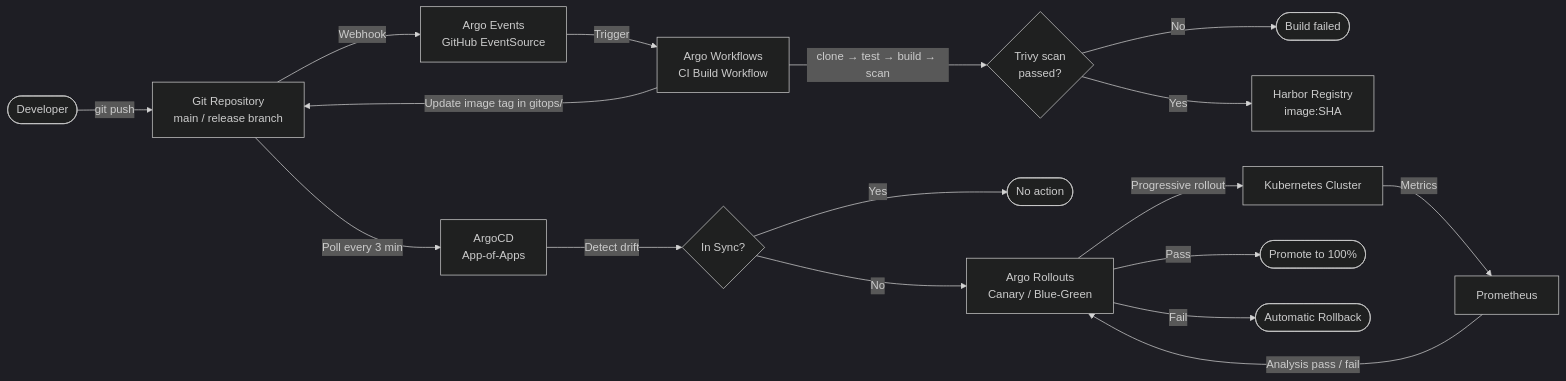
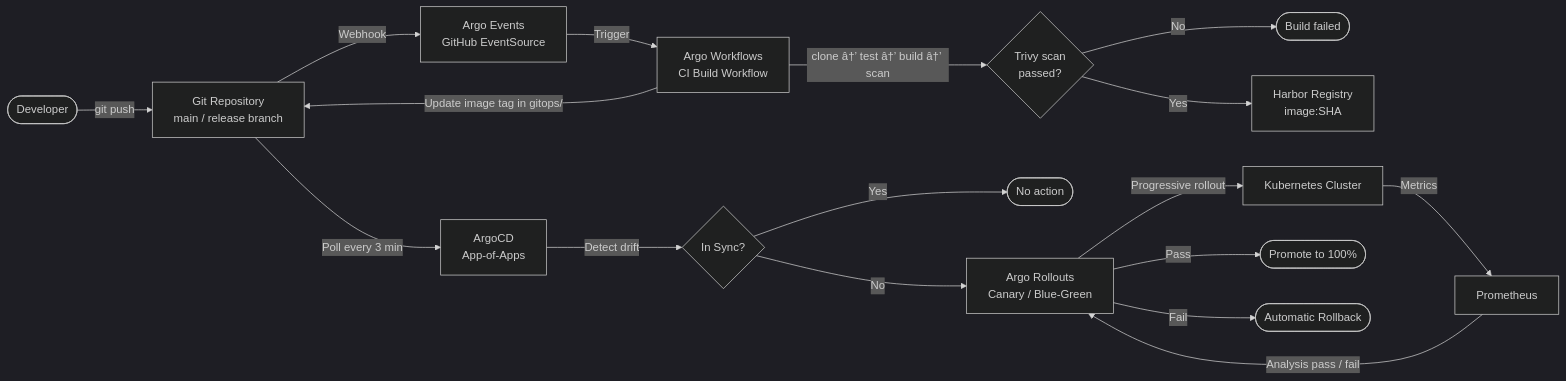
One commit to prabhat-roy/ShopOS changed the diagram in gitops/README.md. Above: the diagram before and after it, drawn with Mermaid (dark theme). The commit also changed other lines of this file and 403 other files, not shown here.

````diff
--- a/gitops/README.md
+++ b/gitops/README.md
@@ -100,25 +100,25 @@
 ```mermaid
 flowchart LR
     DEV([Developer]) -->|git push| REPO[Git Repository\nmain / release branch]
 
     REPO -->|Webhook| AE[Argo Events\nGitHub EventSource]
     AE -->|Trigger| AW[Argo Workflows\nCI Build Workflow]
 
-    AW -->|clone → test → build → scan| SCAN{Trivy scan\npassed?}
+    AW -->|clone â†’ test â†’ build â†’ scan| SCAN{Trivy scan\npassed?}
     SCAN -->|No| FAIL([Build failed])
     SCAN -->|Yes| REG[Harbor Registry\nimage:SHA]
     AW -->|Update image tag in gitops/| REPO
 
     REPO -->|Poll every 3 min| ACD[ArgoCD\nApp-of-Apps]
     ACD -->|Detect drift| SYNC{In Sync?}
 
     SYNC -->|Yes| IDLE([No action])
     SYNC -->|No| ROLLOUT[Argo Rollouts\nCanary / Blue-Green]
 
     ROLLOUT -->|Progressive rollout| K8S[Kubernetes Cluster]
     K8S -->|Metrics| PROM[Prometheus]
     PROM -->|Analysis pass / fail| ROLLOUT
 
     ROLLOUT -->|Pass| PROMOTE([Promote to 100%])
     ROLLOUT -->|Fail| ABORT([Automatic Rollback])
 ```
````
